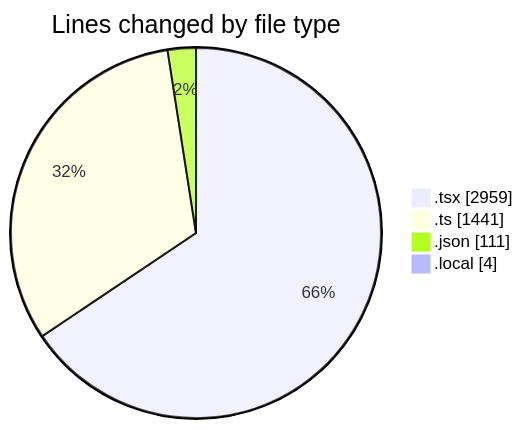
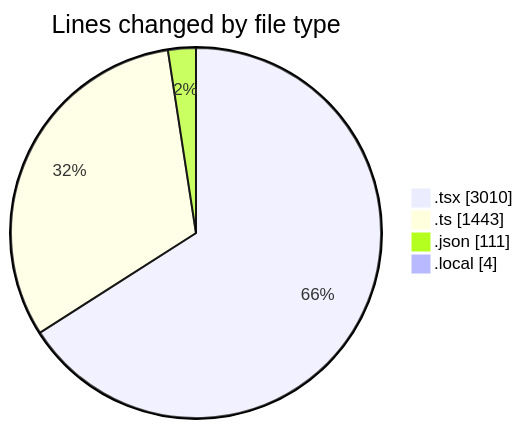
One commit to julien-gomy/code-tracking changed the first of 2 diagrams in 2025-11-08/eventscop-frontend-guide__workspace_/README.md. Above: the diagram before and after it, drawn with Mermaid. The commit also changed other lines of this file and 1 other file, not shown here.

````diff
--- a/2025-11-08/eventscop-frontend-guide__workspace_/README.md
+++ b/2025-11-08/eventscop-frontend-guide__workspace_/README.md
@@ -61,8 +62,8 @@
 ```mermaid
 pie showData
 title Lines changed by file type
-".tsx" : 2959
-".ts" : 1441
+".tsx" : 3010
+".ts" : 1443
 ".json" : 111
 ".local" : 4
 ```
````
